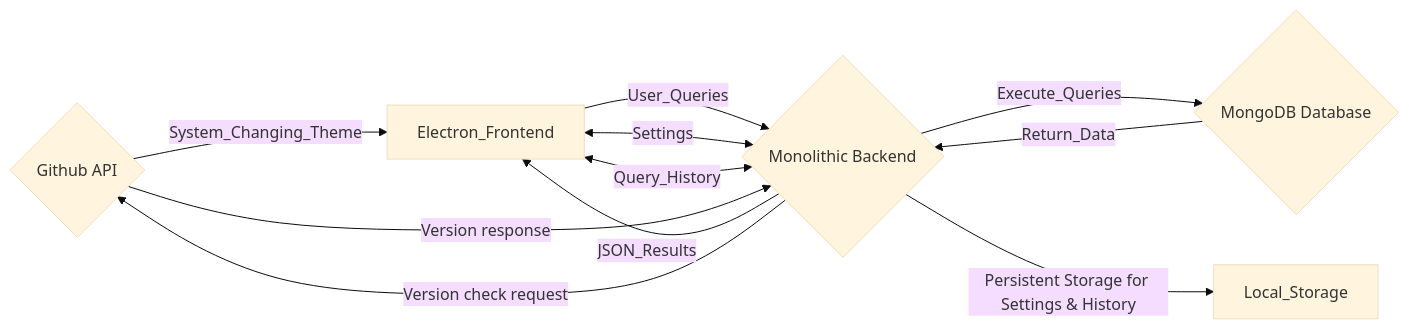
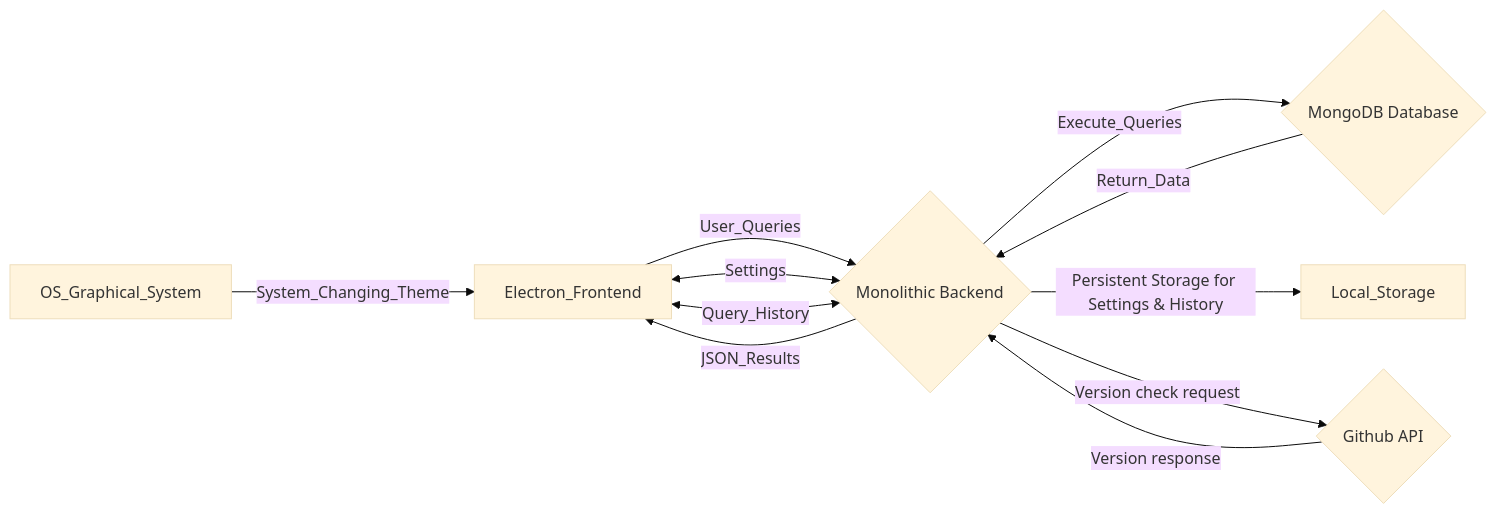
Before and after one commit to vladislavlobanov/my-electron-app: the diagram in README.md, drawn with Mermaid (base theme).

````diff
--- a/README.md
+++ b/README.md
@@ -62,13 +62,13 @@
 ```mermaid
 flowchart LR
    E["OS_Graphical_System"] -- "System_Changing_Theme" --> A["Electron_Frontend"]
    A["Electron_Frontend"] -- "User_Queries" --> B{"Monolithic Backend"}
    B -- "Execute_Queries" --> C{"MongoDB Database"}
    C -- "Return_Data" --> B
    B -- "JSON_Results" --> A
    A <-- "Settings" --> B
    A <-- "Query_History" --> B
    B -- "Persistent Storage for Settings & History" --> D["Local_Storage"]
-   B -- "Version check request" --> E{"Github API"}
-   E -- "Version response" --> B
+   B -- "Version check request" --> F{"Github API"}
+   F -- "Version response" --> B
 ```
````
